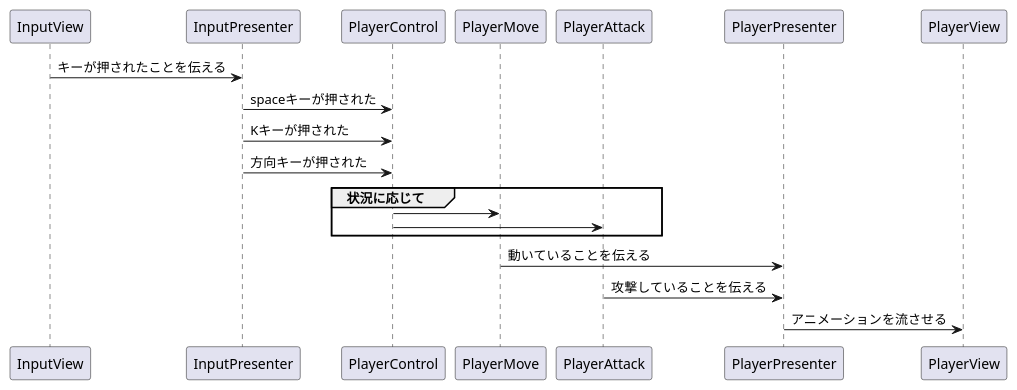
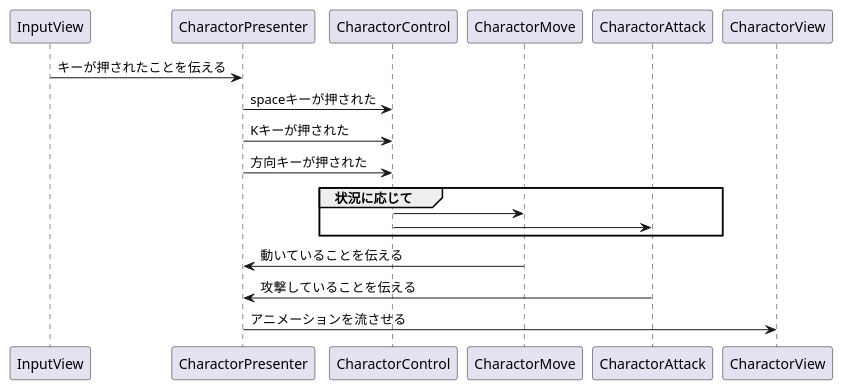
One commit to SomaKamikubo/Oumuamua changed the diagram in Document/sekkei/chara.pu. Above: the diagram before and after it, drawn with PlantUML. The commit also changed 8 other files, not shown here.

Commit message:
クラス図整理

```diff
--- a/Document/sekkei/chara.pu
+++ b/Document/sekkei/chara.pu
@@ -1,16 +1,16 @@
 @startuml
-InputView -> InputPresenter :キーが押されたことを伝える
-InputPresenter -> PlayerControl:spaceキーが押された
-InputPresenter -> PlayerControl:Kキーが押された
-InputPresenter -> PlayerControl:方向キーが押された
+InputView -> CharactorPresenter :キーが押されたことを伝える
+CharactorPresenter -> CharactorControl:spaceキーが押された
+CharactorPresenter -> CharactorControl:Kキーが押された
+CharactorPresenter -> CharactorControl:方向キーが押された
 group 状況に応じて
-PlayerControl -> PlayerMove
-PlayerControl -> PlayerAttack
+CharactorControl -> CharactorMove
+CharactorControl -> CharactorAttack
 end
 
-PlayerMove -> PlayerPresenter:動いていることを伝える
-' Player -> PlayerPresenter
-PlayerPresenter <- PlayerAttack:攻撃していることを伝える
-PlayerPresenter -> PlayerView:アニメーションを流させる
+CharactorMove -> CharactorPresenter:動いていることを伝える
+' Charactor -> CharactorPresenter
+CharactorPresenter <- CharactorAttack:攻撃していることを伝える
+CharactorPresenter -> CharactorView:アニメーションを流させる
 
 @enduml
```
